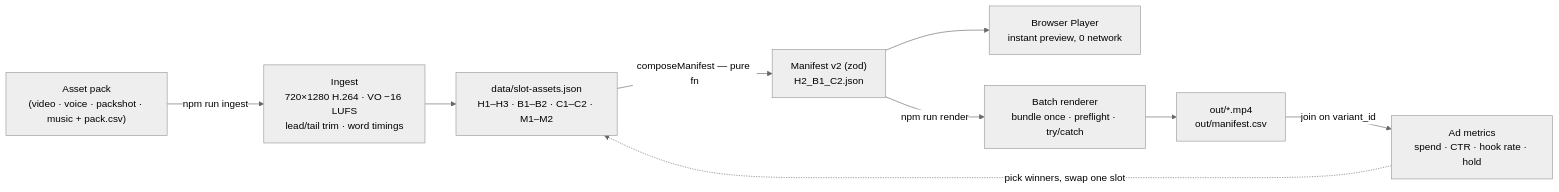
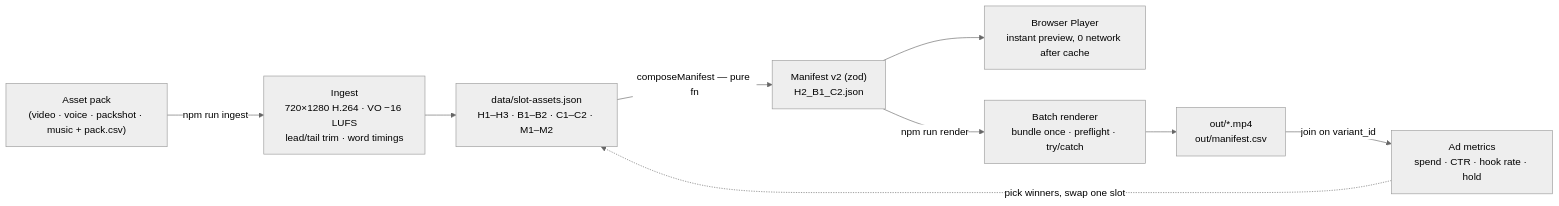
Before and after one commit to raphsoundmix-ctrl/ryze-remotion-test: the diagram in README.md, drawn with Mermaid (neutral theme). The commit also changed other lines of this file and 32 other files, not shown here.

````diff
--- a/README.md
+++ b/README.md
@@ -29,11 +29,11 @@
 ```mermaid
 flowchart LR
   P["Asset pack<br/>(video · voice · packshot · music + pack.csv)"] -->|npm run ingest| I["Ingest<br/>720×1280 H.264 · VO −16 LUFS<br/>lead/tail trim · word timings"]
   I --> S["data/slot-assets.json<br/>H1–H3 · B1–B2 · C1–C2 · M1–M2"]
   S -->|composeManifest — pure fn| V["Manifest v2 (zod)<br/>H2_B1_C2.json"]
-  V --> PL["Browser Player<br/>instant preview, 0 network"]
+  V --> PL["Browser Player<br/>instant preview, 0 network after cache"]
   V -->|npm run render| R["Batch renderer<br/>bundle once · preflight · try/catch"]
   R --> O["out/*.mp4<br/>out/manifest.csv"]
   O -->|join on variant_id| M["Ad metrics<br/>spend · CTR · hook rate · hold"]
   M -.->|pick winners, swap one slot| S
 ```
````
